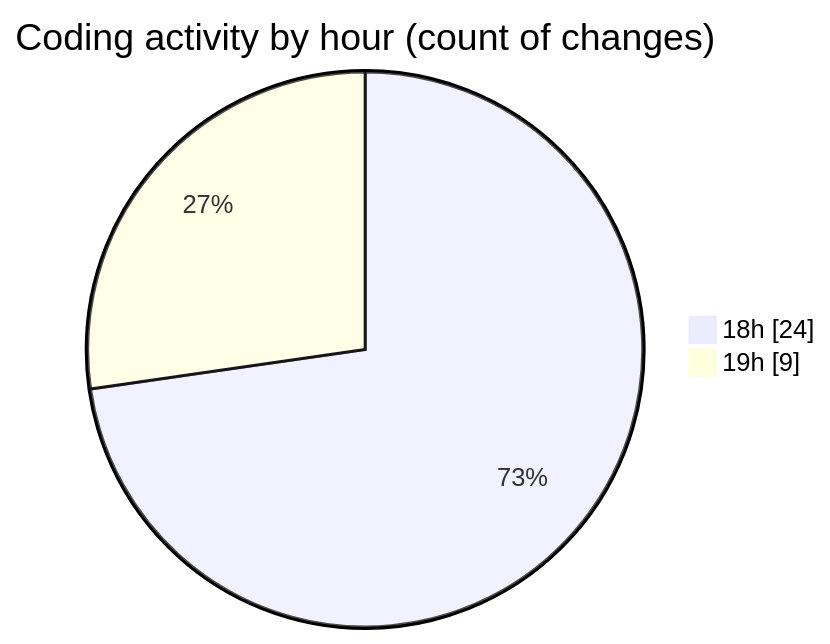
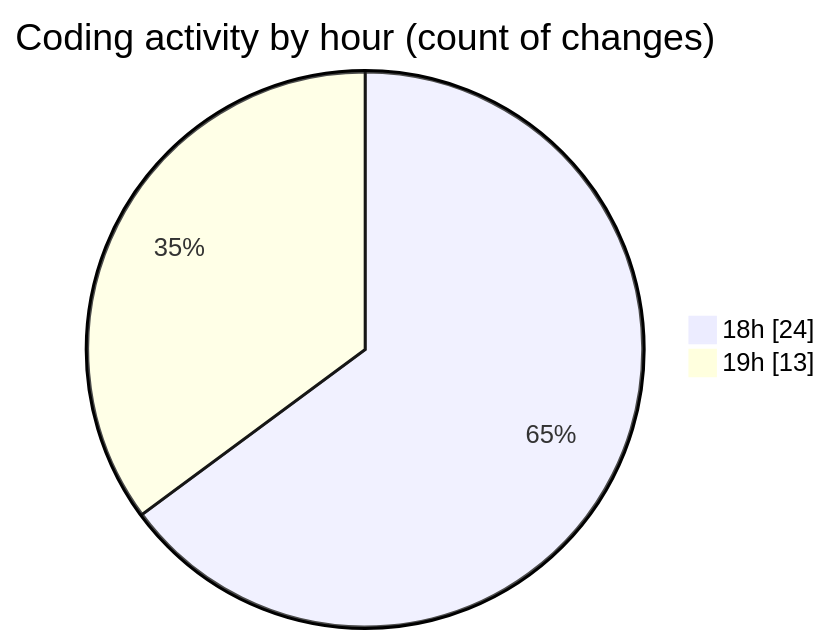
One commit to Netris89/code-tracking changed the second of 2 diagrams in 2025-04-21/echo/README.md. Above: the diagram before and after it, drawn with Mermaid. The commit also changed other lines of this file and 1 other file, not shown here.

````diff
--- a/2025-04-21/echo/README.md
+++ b/2025-04-21/echo/README.md
@@ -34,6 +36,6 @@
 ```mermaid
 pie showData
 title Coding activity by hour (count of changes)
 "18h" : 24
-"19h" : 9
+"19h" : 13
 ```
````
